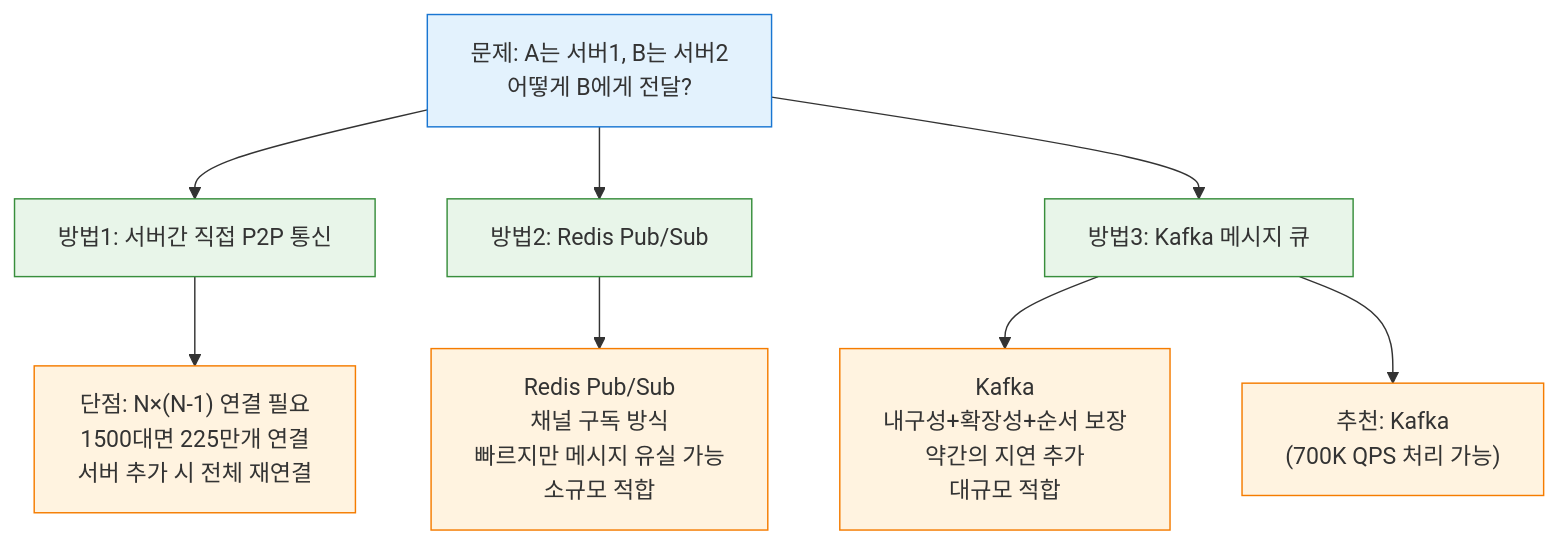
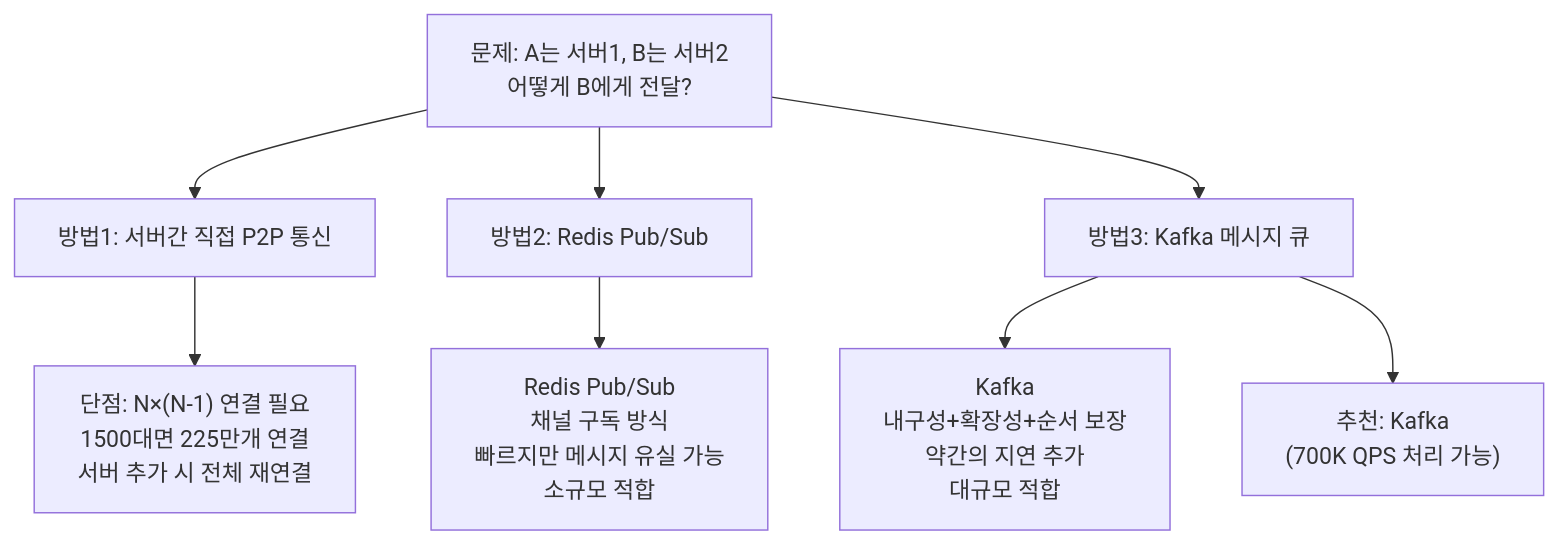
One commit to yjkim2015/yjkim2015.github.io changed the fourth of 9 diagrams in _posts/systemdesign/2026-05-02-system-design-chat.md. Above: the diagram before and after it, drawn with Mermaid. The commit also changed other lines of this file and 215 other files, not shown here.

First line of the commit message:
신규 포스트 10개 추가 + Mermaid 전면 축소 + SystemDesign 시리즈 보강

````diff
--- a/_posts/systemdesign/2026-05-02-system-design-chat.md
+++ b/_posts/systemdesign/2026-05-02-system-design-chat.md
@@ -232,21 +154,11 @@
 ```mermaid
 graph TD
     Problem["문제: A는 서버1, B는 서버2\n어떻게 B에게 전달?"]
-
     Problem --> Sol1["방법1: 서버간 직접 P2P 통신"]
     Problem --> Sol2["방법2: Redis Pub/Sub"]
     Problem --> Sol3["방법3: Kafka 메시지 큐"]
-
     Sol1 --> D1["단점: N×(N-1) 연결 필요\n1500대면 225만개 연결\n서버 추가 시 전체 재연결"]
     Sol2 --> D2["Redis Pub/Sub\n채널 구독 방식\n빠르지만 메시지 유실 가능\n소규모 적합"]
     Sol3 --> D3["Kafka\n내구성+확장성+순서 보장\n약간의 지연 추가\n대규모 적합"]
-
     Sol3 --> Rec["추천: Kafka\n(700K QPS 처리 가능)"]
-
-    classDef client fill:#e3f2fd,stroke:#1976d2
-    classDef server fill:#e8f5e9,stroke:#388e3c
-    classDef db fill:#fff3e0,stroke:#f57c00
-    class Problem client
-    class Sol1,Sol2,Sol3 server
-    class D1,D2,D3,Rec db
 ```
````
